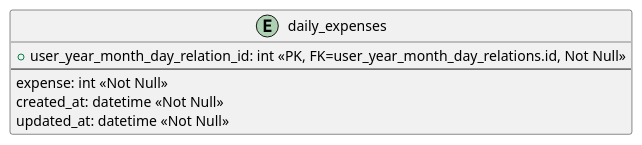
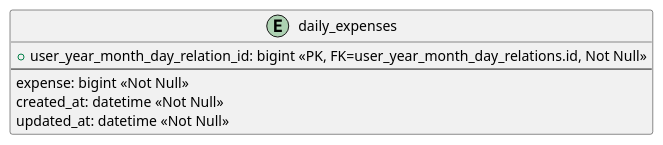
One commit to ZoveRKI/BookKeeping changed the diagram in Plantuml/tables/daily_expenses.puml. Above: the diagram before and after it, drawn with PlantUML. The commit also changed 7 other files, not shown here.

```diff
--- a/Plantuml/tables/daily_expenses.puml
+++ b/Plantuml/tables/daily_expenses.puml
@@ -1,11 +1,11 @@
 @startuml daily_expenses
 
 entity "daily_expenses" as daily_expenses {
-    + user_year_month_day_relation_id: int <<PK, FK=user_year_month_day_relations.id, Not Null>>
+    + user_year_month_day_relation_id: bigint <<PK, FK=user_year_month_day_relations.id, Not Null>>
     --
-    expense: int <<Not Null>>
+    expense: bigint <<Not Null>>
     created_at: datetime <<Not Null>>
     updated_at: datetime <<Not Null>>
 }
 
 @enduml
```
